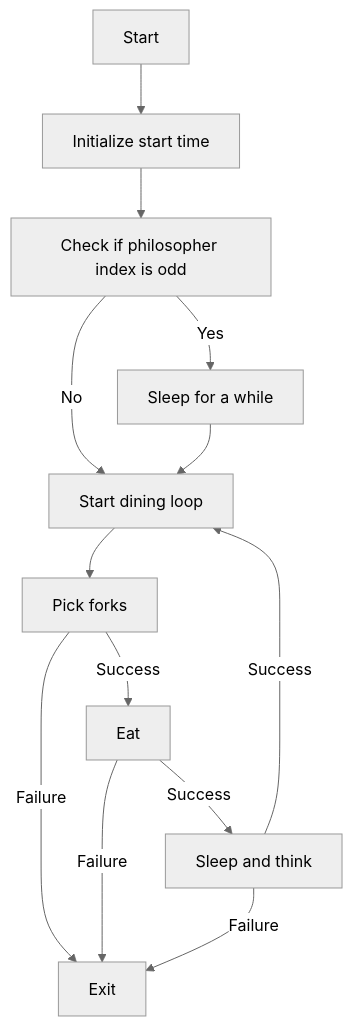
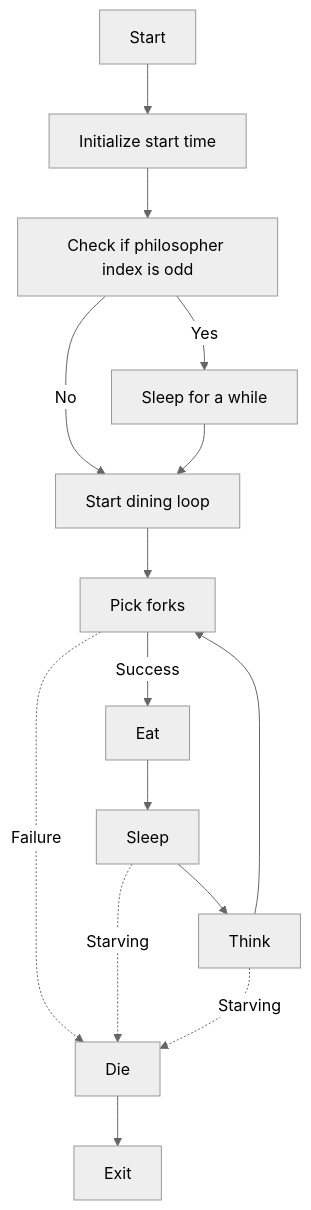
One commit to nijesmik/Philosophers changed the third of 4 diagrams in README.md. Above: the diagram before and after it, drawn with Mermaid (neutral theme). The commit also changed other lines of this file, not shown here.

````diff
--- a/README.md
+++ b/README.md
@@ -109,15 +118,18 @@
 ```mermaid
 graph TD
     A[Start] --> B[Initialize start time]
     B --> C[Check if philosopher index is odd]
     C -->|Yes| D[Sleep for a while]
     C -->|No| E[Start dining loop]
     D --> E
     E --> F[Pick forks]
-    F -->|Failure| G[Exit]
+    F -.->|Failure| G[Die]
+	G --> M[Exit]
     F -->|Success| H[Eat]
-    H -->|Failure| G
-    H -->|Success| I[Sleep and think]
-    I -->|Failure| G
-    I -->|Success| E
+    H --> I[Sleep]
+	I -.->|Starving| G
+    I --> L[Think]
+    L --> F
+    L -.->|Starving| G
+
 ```
````
